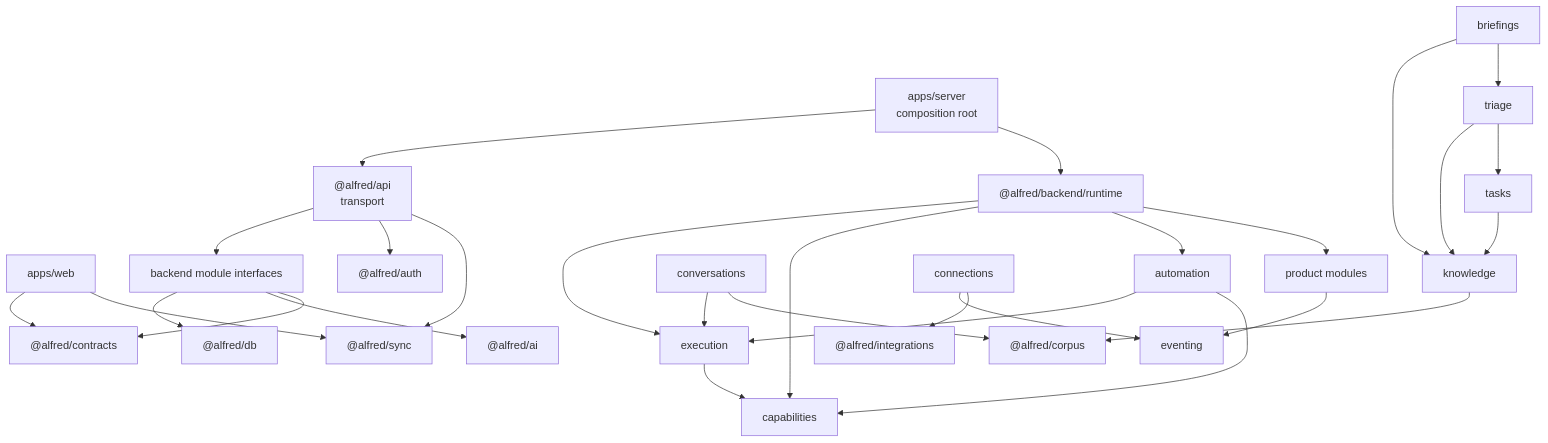
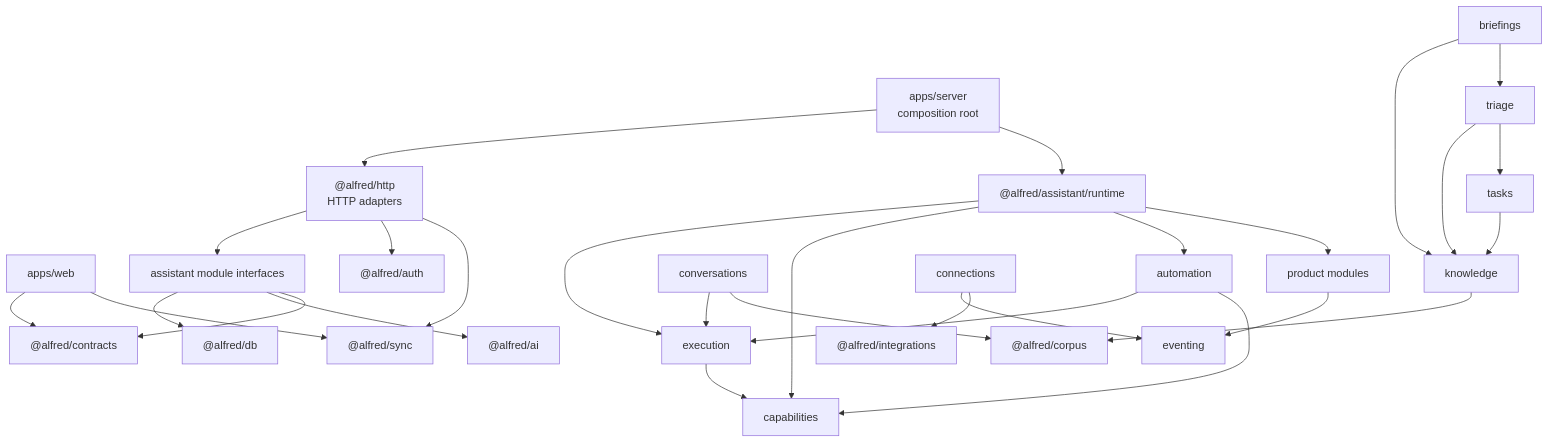
One commit to 99Yash/alfred changed the diagram in docs/plans/agent-friendly-module-structure.md. Above: the diagram before and after it, drawn with Mermaid. The commit also changed other lines of this file and 15 other files, not shown here.

````diff
--- a/docs/plans/agent-friendly-module-structure.md
+++ b/docs/plans/agent-friendly-module-structure.md
@@ -181,37 +186,37 @@
 ```mermaid
 flowchart TD
-  server["apps/server<br/>composition root"] --> api["@alfred/api<br/>transport"]
-  server --> runtime["@alfred/backend/runtime"]
+  server["apps/server<br/>composition root"] --> http["@alfred/http<br/>HTTP adapters"]
+  server --> runtime["@alfred/assistant/runtime"]
   web["apps/web"] --> contracts["@alfred/contracts"]
   web --> sync["@alfred/sync"]
 
-  api --> backend["backend module interfaces"]
-  api --> auth["@alfred/auth"]
-  api --> sync
+  http --> assistant["assistant module interfaces"]
+  http --> auth["@alfred/auth"]
+  http --> sync
 
   runtime --> execution
   runtime --> capabilities
   runtime --> automation
   runtime --> product["product modules"]
 
   automation --> execution
   automation --> capabilities
   conversations --> execution
   execution --> capabilities
 
   briefings --> knowledge
   briefings --> triage
   triage --> knowledge
   triage --> tasks
   tasks --> knowledge
 
   product --> eventing
   connections --> eventing
   connections --> integrations["@alfred/integrations"]
   conversations --> corpus["@alfred/corpus"]
   knowledge --> corpus
 
-  backend --> db["@alfred/db"]
-  backend --> ai["@alfred/ai"]
-  backend --> contracts
+  assistant --> db["@alfred/db"]
+  assistant --> ai["@alfred/ai"]
+  assistant --> contracts
 ```
````
